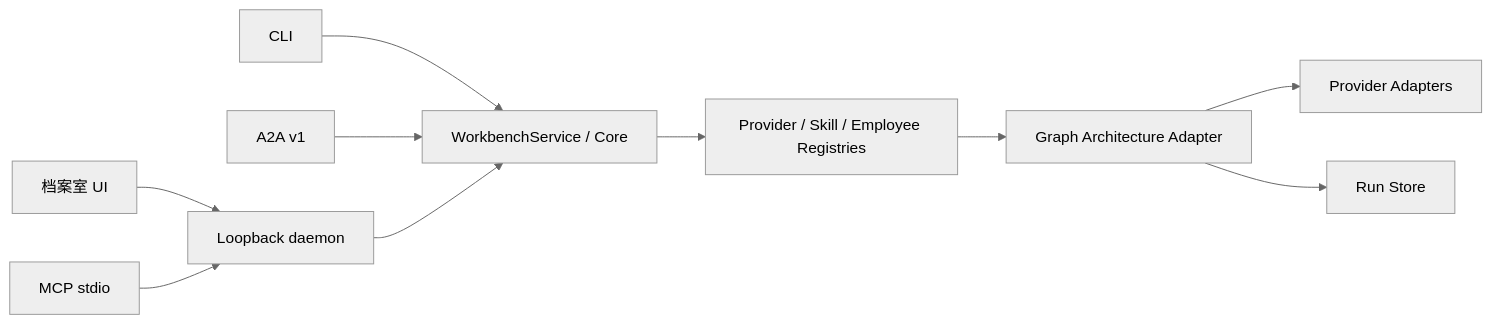
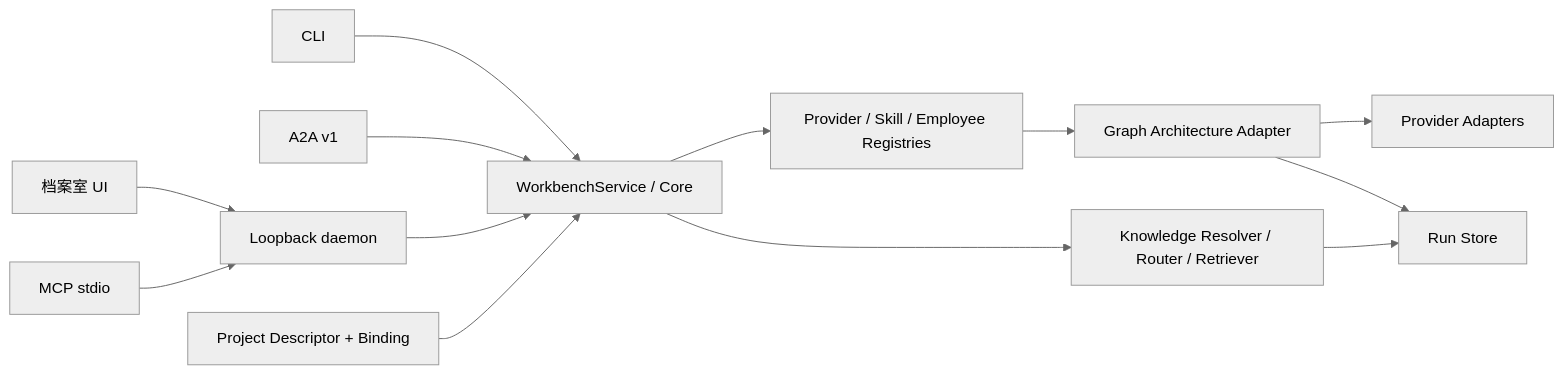
The diagram in README.md (Luobata/multi-agent), drawn with Mermaid (neutral theme) before and after one commit. The commit also changed other lines of this file and 100 other files, not shown here.

Commit message:
feat: build project workbench and governed knowledge control

````diff
--- a/README.md
+++ b/README.md
@@ -31,12 +35,15 @@
 ```mermaid
 flowchart LR
   UI["档案室 UI"] --> API["Loopback daemon"]
   CLI["CLI"] --> Core["WorkbenchService / Core"]
   MCP["MCP stdio"] --> API
   A2A["A2A v1"] --> Core
   API --> Core
   Core --> Registry["Provider / Skill / Employee Registries"]
+  Core --> Knowledge["Knowledge Resolver / Router / Retriever"]
+  Project["Project Descriptor + Binding"] --> Core
   Registry --> Graph["Graph Architecture Adapter"]
   Graph --> Providers["Provider Adapters"]
   Graph --> Store["Run Store"]
+  Knowledge --> Store
 ```
````
